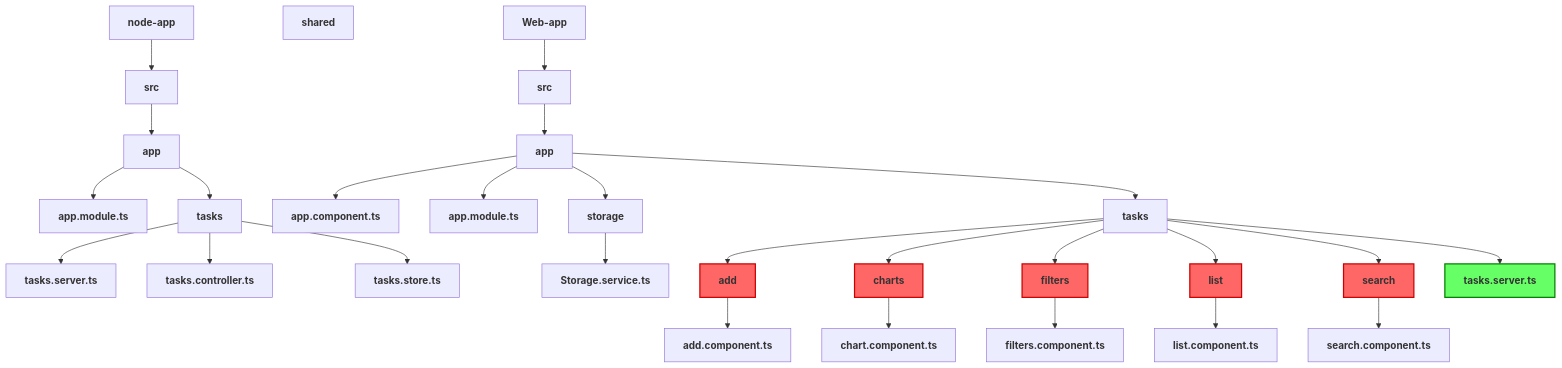
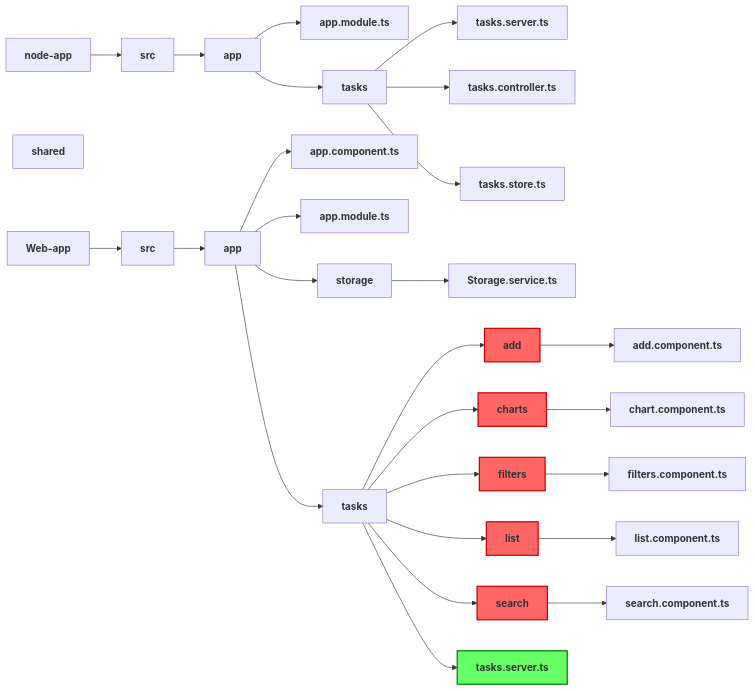
The diagram in README.md (yanliu1111/user-task-app-angular-project), drawn with Mermaid before and after one commit.

````diff
--- a/README.md
+++ b/README.md
@@ -97,37 +97,38 @@
 ```mermaid
-graph TD;
+graph LR;
   A[node-app] --> B[src]
   B --> D[app]
   D --> E1[app.module.ts]
   D --> F1[tasks]
   F1 --> G[tasks.server.ts]
   F1 --> H[tasks.controller.ts]
   F1 --> I[tasks.store.ts]
 
   A1[shared]
 
   A2[Web-app] --> B1[src]
   B1 --> D1[app]
   D1 --> E2[app.component.ts]
   D1 --> F2[app.module.ts]
   D1 --> G2[storage]
   G2 --> H3[Storage.service.ts]
   D1 --> H2[tasks]
   H2 --> I2[add]:::red
   I2 --> J2[add.component.ts]
   H2 --> K2[charts]:::red
   K2 --> L2[chart.component.ts]
   H2 --> M2[filters]:::red
   M2 --> N2[filters.component.ts]
   H2 --> O2[list]:::red
   O2 --> P2[list.component.ts]
   H2 --> Q2[search]:::red
   Q2 --> R2[search.component.ts]
   H2 --> S2[tasks.server.ts]:::green
 
   classDef red fill:#ff6666,stroke:#cc0000,stroke-width:2px;
   classDef green fill:#66ff66,stroke:#008000,stroke-width:2px;
   classDef boldText font-weight:bold,font-size:16px;
 
   class A,B,D,E1,F1,G,H,I,A1,A2,B1,D1,E2,F2,G2,H3,H2,I2,J2,K2,L2,M2,N2,O2,P2,Q2,R2,S2 boldText;
+
 ```
````
